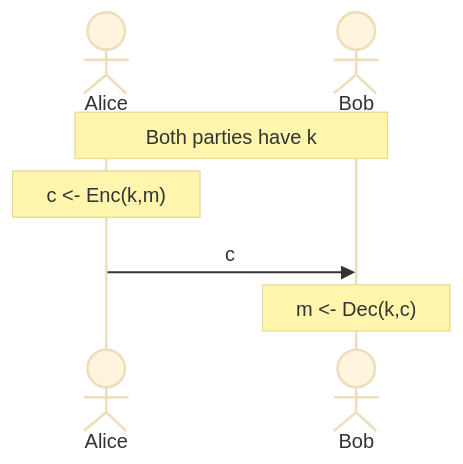
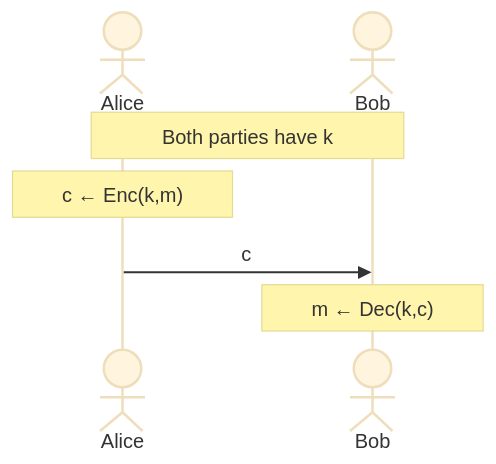
One commit to erhant/crypto-notes changed the diagram in content/2-modern-cryptography-principles.md. Above: the diagram before and after it, drawn with Mermaid (base theme). The commit also changed other lines of this file and 11 other files, not shown here.

````diff
--- a/content/2-modern-cryptography-principles.md
+++ b/content/2-modern-cryptography-principles.md
@@ -32,12 +30,12 @@
 ```mermaid
 sequenceDiagram
 	actor Alice
 	actor Bob
 	Note over Alice,Bob: Both parties have k
 
 	%% encryption and decryption
-	Note over Alice: c <- Enc(k,m)
+	Note over Alice: c #8592; Enc(k,m)
 	Alice ->> Bob: c
-	Note over Bob: m <- Dec(k,c)
+	Note over Bob: m #8592; Dec(k,c)
 
 ```
````
